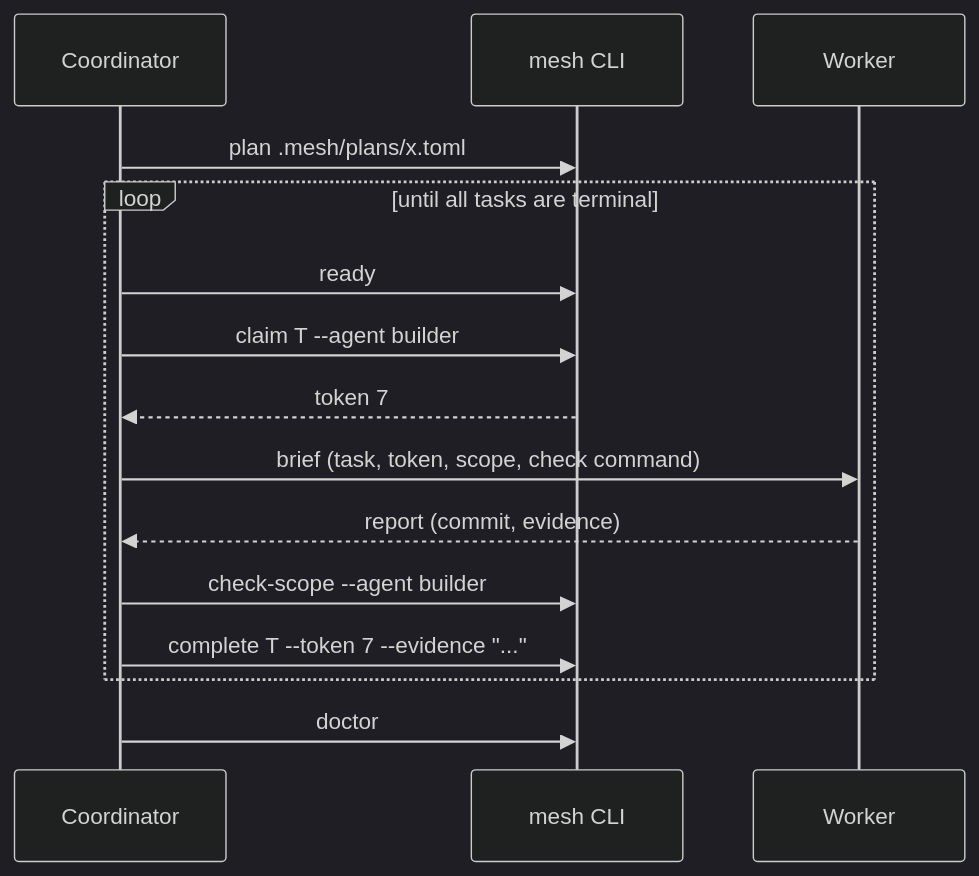
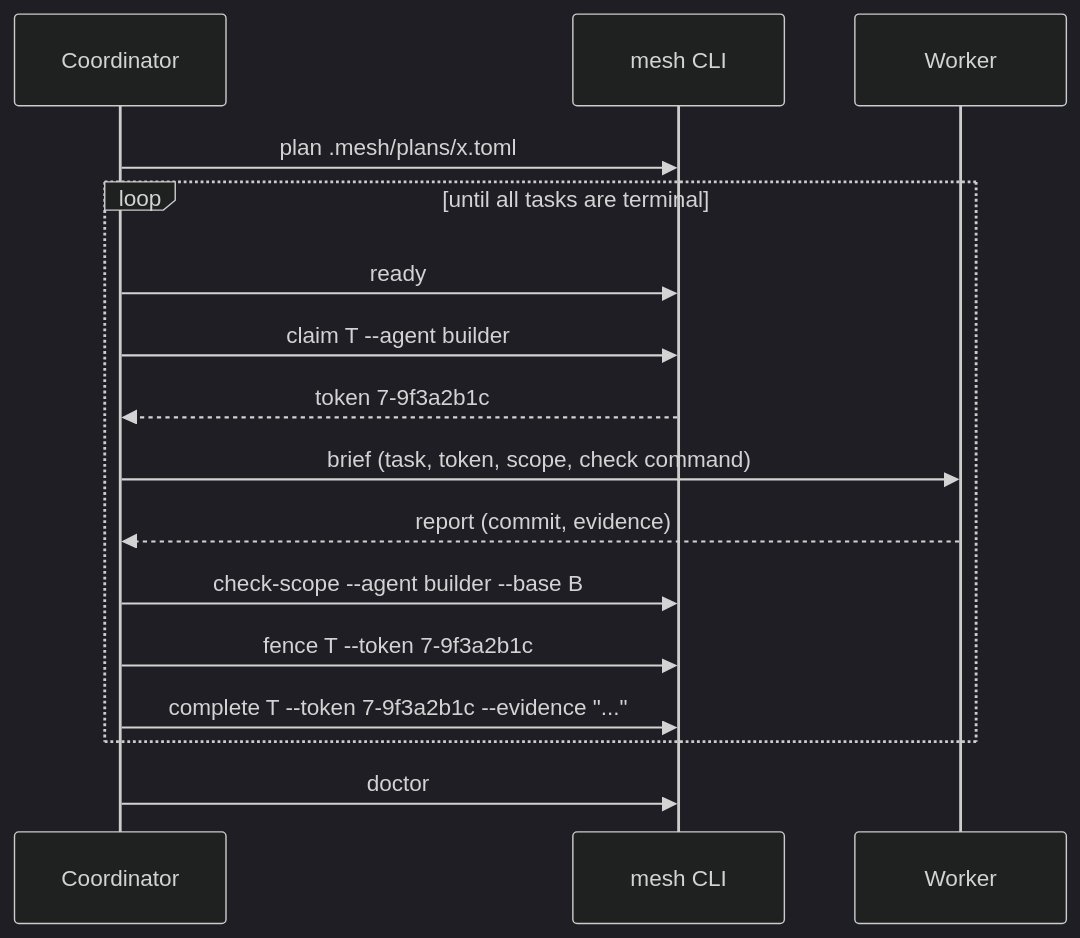
One commit to madmax983/scale changed the third of 3 diagrams in docs/plans/2026-10-13-agent-mesh-design.md. Above: the diagram before and after it, drawn with Mermaid (dark theme). The commit also changed other lines of this file and 33 other files, not shown here.

First line of the commit message:
fix(mesh): five-angle review fixes — nonce tokens, safe hook (CRLF/Windows), check-scope base, atomic ledger, ack, CI pins (#5212)

````diff
--- a/docs/plans/2026-10-13-agent-mesh-design.md
+++ b/docs/plans/2026-10-13-agent-mesh-design.md
@@ -174,17 +175,18 @@
 ```mermaid
 sequenceDiagram
     participant C as Coordinator
     participant M as mesh CLI
     participant W as Worker
     C->>M: plan .mesh/plans/x.toml
     loop until all tasks are terminal
         C->>M: ready
         C->>M: claim T --agent builder
-        M-->>C: token 7
+        M-->>C: token 7-9f3a2b1c
         C->>W: brief (task, token, scope, check command)
         W-->>C: report (commit, evidence)
-        C->>M: check-scope --agent builder
-        C->>M: complete T --token 7 --evidence "..."
+        C->>M: check-scope --agent builder --base B
+        C->>M: fence T --token 7-9f3a2b1c
+        C->>M: complete T --token 7-9f3a2b1c --evidence "..."
     end
     C->>M: doctor
 ```
````
